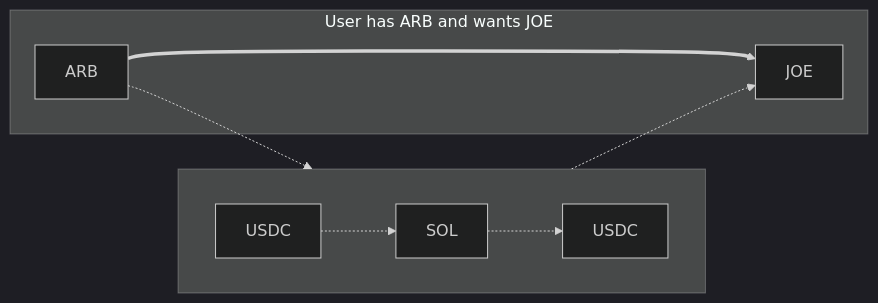
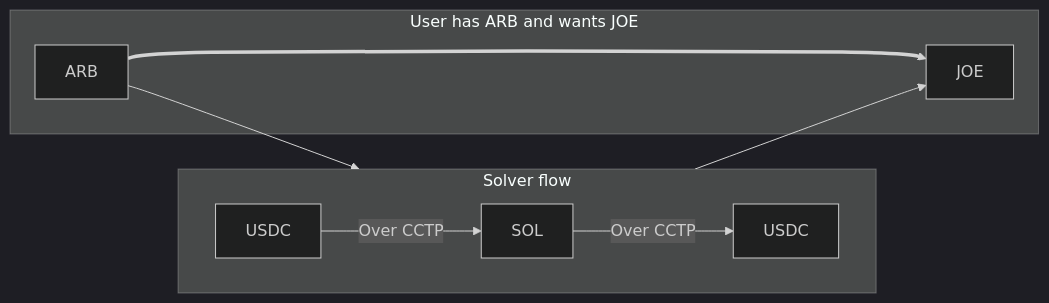
One commit to wormhole-foundation/wormhole-docs changed the second of 2 diagrams in products/settlement/overview.md. Above: the diagram before and after it, drawn with Mermaid (dark theme). The commit also changed other lines of this file, not shown here.

Commit message:
diagrams and explanations

````diff
--- a/products/settlement/overview.md
+++ b/products/settlement/overview.md
@@ -76,15 +91,15 @@
 ```mermaid
 flowchart LR
 
     subgraph TOP [User has ARB and wants JOE]
         ARB[ARB] ==> JOE[JOE]
     end
 
-    subgraph B[" "]
+    subgraph B["Solver flow"]
         direction LR
-        ARB -.-> USDC1[USDC]
-        USDC1 -.-> SOL
-        SOL -.-> USDC2[USDC]
-        USDC2 -.-> JOE
+        ARB --> USDC1[USDC]
+        USDC1 -- Over CCTP --> SOL
+        SOL -- Over CCTP --> USDC2[USDC]
+        USDC2 --> JOE
     end
 ```
````
